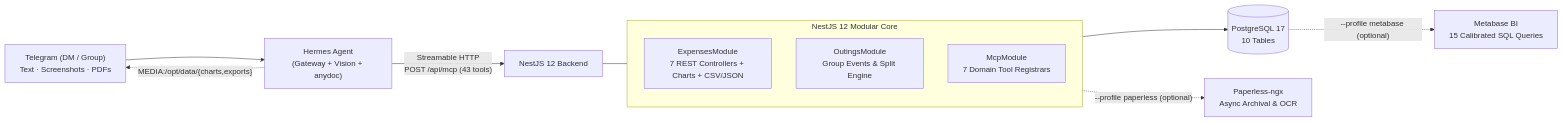
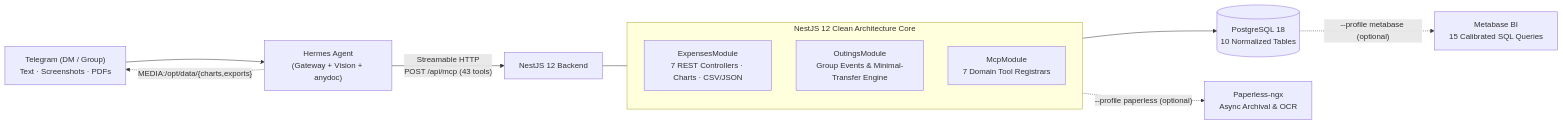
One commit to LucasMirandaD/hermes-finance-stack changed the first of 2 diagrams in README.md. Above: the diagram before and after it, drawn with Mermaid. The commit also changed other lines of this file and 9 other files, not shown here.

Commit message:
chore(db): upgrade PostgreSQL to 18-alpine and expand READMEs with real PNG charts & ER schema

````diff
--- a/README.md
+++ b/README.md
@@ -49,19 +135,19 @@
 ```mermaid
 flowchart LR
     TG["Telegram (DM / Group)<br/>Text · Screenshots · PDFs"] --> HERMES["Hermes Agent<br/>(Gateway + Vision + anydoc)"]
     HERMES -->|"Streamable HTTP<br/>POST /api/mcp (43 tools)"| API["NestJS 12 Backend"]
     HERMES -.->|"MEDIA:/opt/data/{charts,exports}"| TG
 
-    subgraph API_MODS["NestJS 12 Modular Core"]
+    subgraph API_MODS["NestJS 12 Clean Architecture Core"]
         direction TB
-        M1["ExpensesModule<br/>7 REST Controllers + Charts + CSV/JSON"]
-        M2["OutingsModule<br/>Group Events & Split Engine"]
+        M1["ExpensesModule<br/>7 REST Controllers · Charts · CSV/JSON"]
+        M2["OutingsModule<br/>Group Events & Minimal-Transfer Engine"]
         M3["McpModule<br/>7 Domain Tool Registrars"]
     end
 
     API --- API_MODS
-    API_MODS --> PG[("PostgreSQL 17<br/>10 Tables")]
+    API_MODS --> PG[("PostgreSQL 18<br/>10 Normalized Tables")]
 
     API_MODS -.->|"--profile paperless (optional)"| PL["Paperless-ngx<br/>Async Archival & OCR"]
     PG -.->|"--profile metabase (optional)"| MB["Metabase BI<br/>15 Calibrated SQL Queries"]
 ```
````
